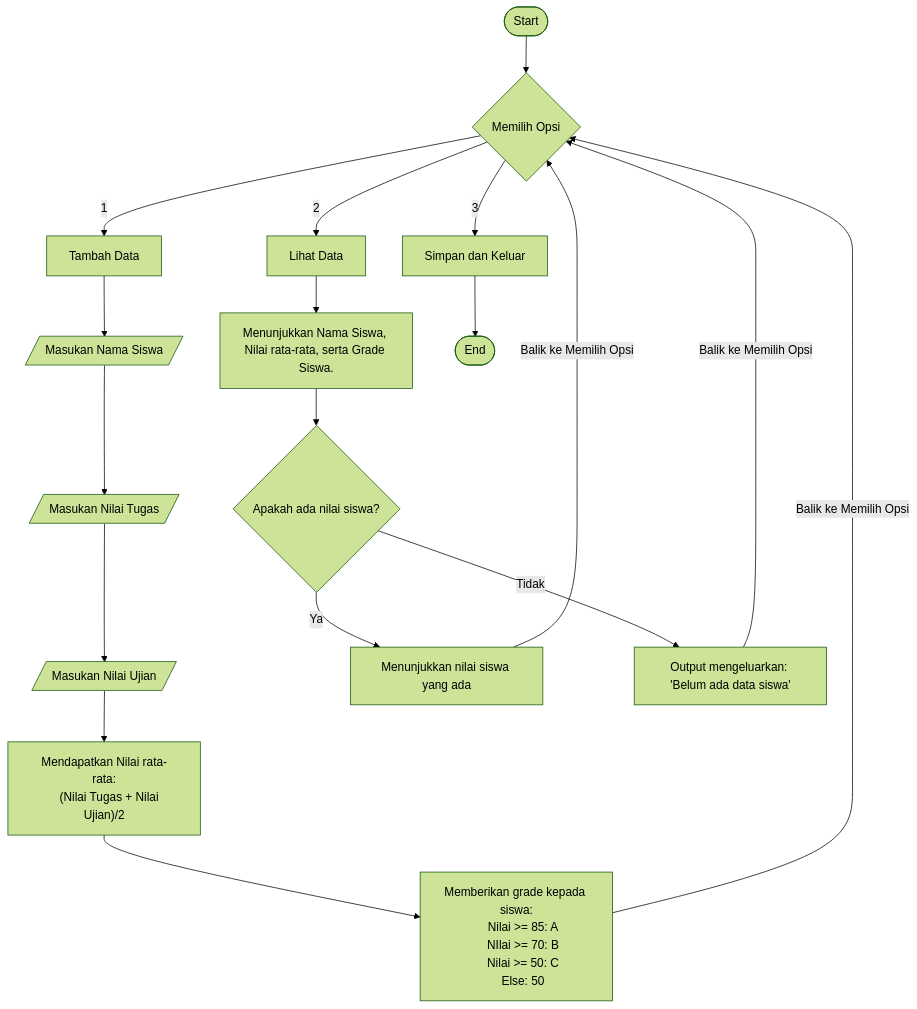
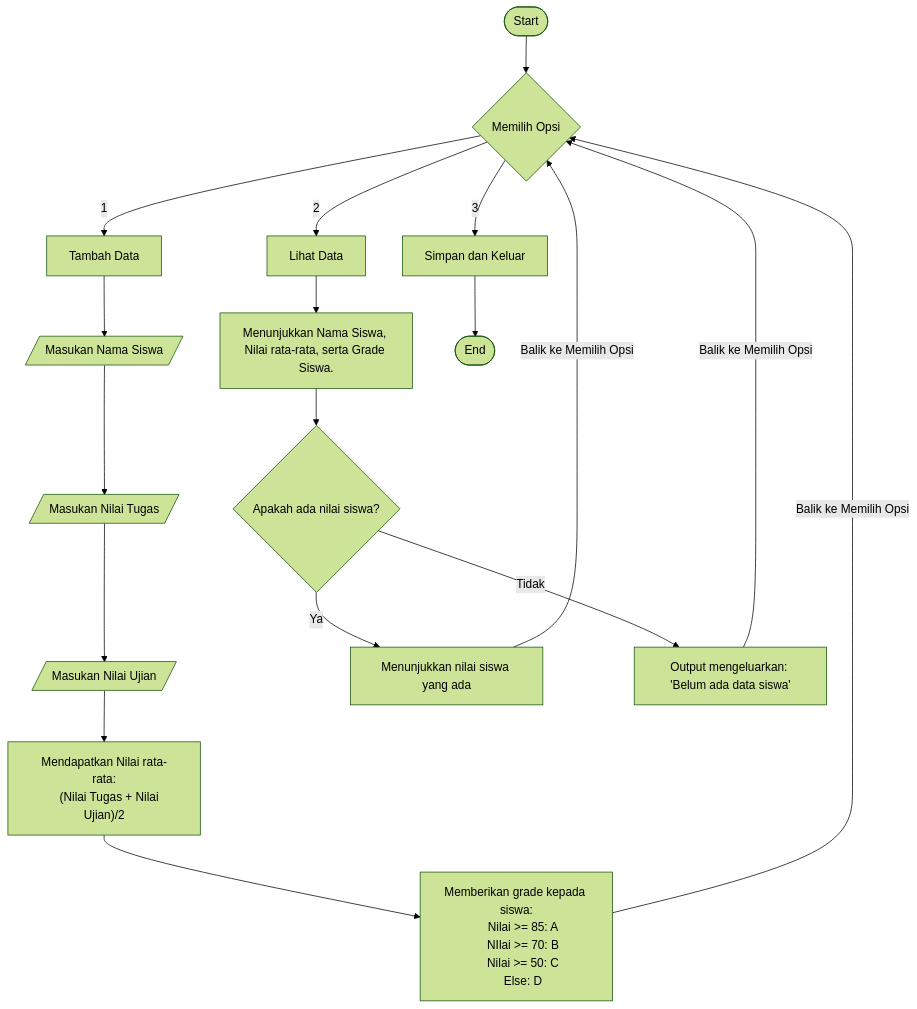
One commit to ren27r/kelompok-3-pemrograman changed the diagram in README.md. Above: the diagram before and after it, drawn with Mermaid (forest theme). The commit also changed other lines of this file, not shown here.

````diff
--- a/README.md
+++ b/README.md
@@ -36,25 +36,25 @@
 ```mermaid
 flowchart TD
     A([Start]) --> B{Memilih Opsi}
     B -->|1| D[Tambah Data]
     B -->|2| E[Lihat Data]
     B -->|3| F[Simpan dan Keluar]
     D --> G[/Masukan Nama Siswa/]
     G --> H[/Masukan Nilai Tugas/]
     H --> I[/Masukan Nilai Ujian/]
     I --> J["Mendapatkan Nilai rata-rata:
     (Nilai Tugas + Nilai Ujian)/2 "]
     J --> K["Memberikan grade kepada siswa:
     Nilai >= 85: A
     NIlai >= 70: B
     Nilai >= 50: C
-    Else: 50"]
+    Else: D"]
     K -->|Balik ke Memilih Opsi| B
     E --> L[Menunjukkan Nama Siswa, Nilai rata-rata, serta Grade Siswa.]
     L --> M{Apakah ada nilai siswa?}
     M -->|Ya| N[Menunjukkan nilai siswa yang ada]
     M -->|Tidak| O["Output mengeluarkan: 'Belum ada data siswa'"]
     N -->|Balik ke Memilih Opsi| B
     O -->|Balik ke Memilih Opsi| B
     F --> P([End])
 ```
````
